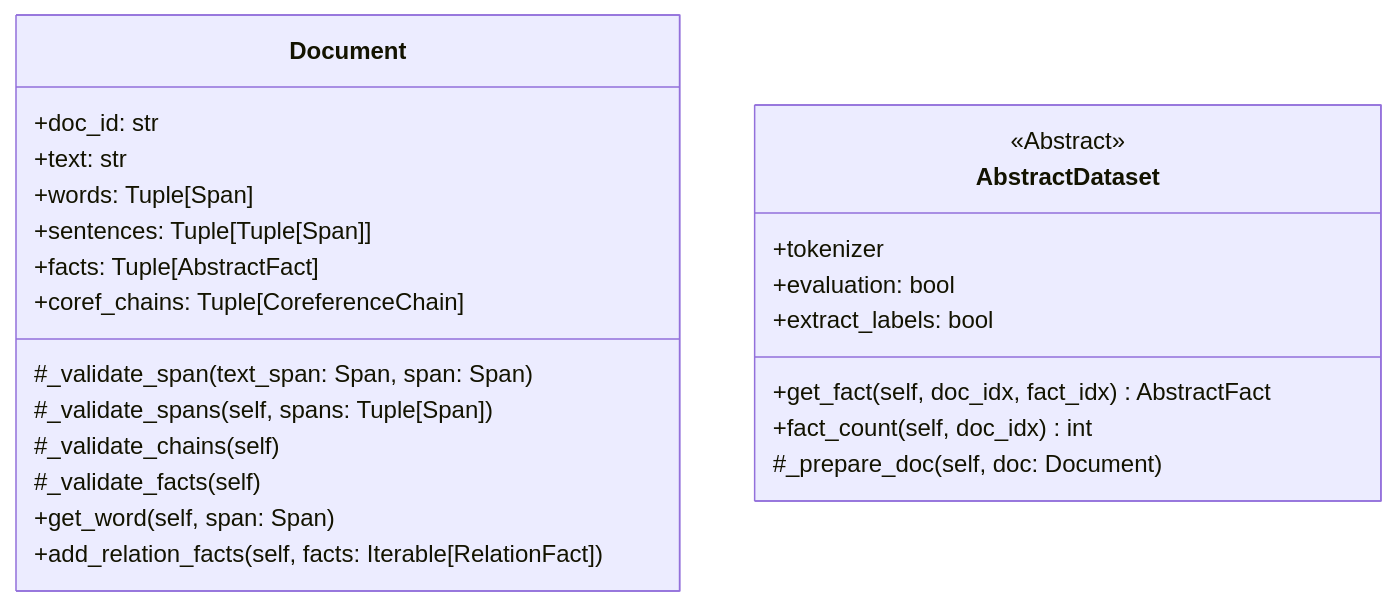
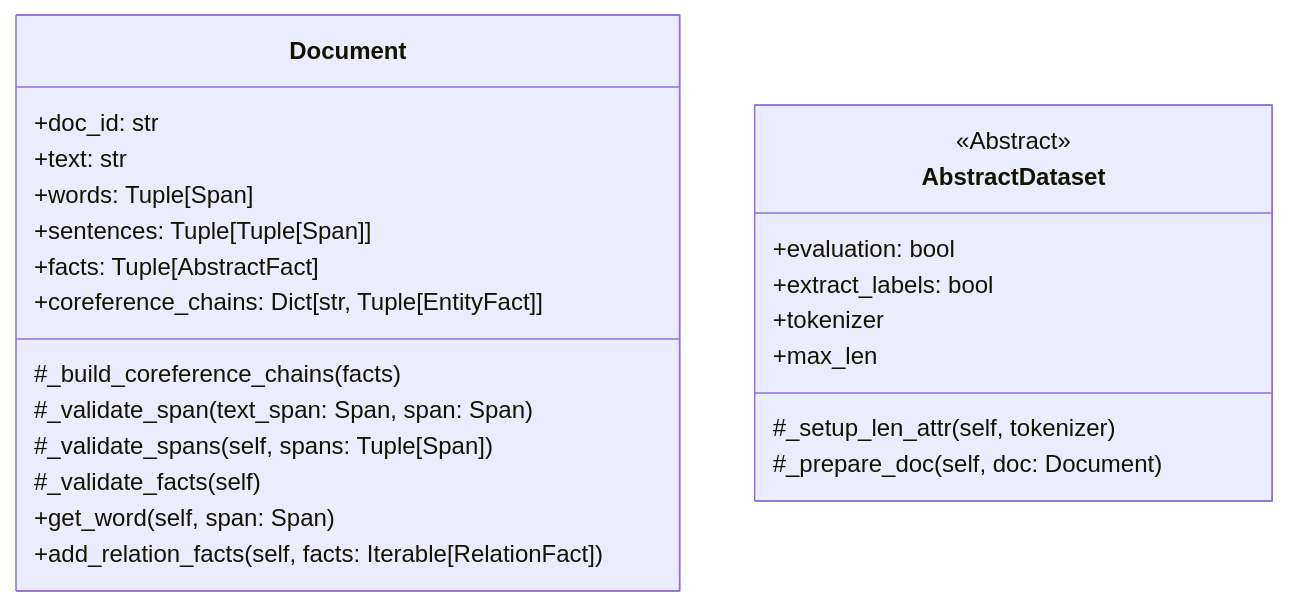
One commit to phos-phophy/creed changed the third of 4 diagrams in README.md. Above: the diagram before and after it, drawn with Mermaid. The commit also changed other lines of this file and 2 other files, not shown here.

````diff
--- a/README.md
+++ b/README.md
@@ -116,28 +112,28 @@
 ```mermaid
 classDiagram
 direction TB
    class Document{
       +doc_id: str
       +text: str
       +words: Tuple[Span]
       +sentences: Tuple[Tuple[Span]]
       +facts: Tuple[AbstractFact]
-      +coref_chains: Tuple[CoreferenceChain]
+      +coreference_chains: Dict[str, Tuple[EntityFact]]
+      #_build_coreference_chains(facts)
       #_validate_span(text_span: Span, span: Span)
       #_validate_spans(self, spans: Tuple[Span])
-      #_validate_chains(self)
       #_validate_facts(self)
       +get_word(self, span: Span)
       +add_relation_facts(self, facts: Iterable[RelationFact])
    }
    
    class AbstractDataset{
       <<Abstract>>
-      +tokenizer
       +evaluation: bool
       +extract_labels: bool
-      +get_fact(self, doc_idx, fact_idx) AbstractFact
-      +fact_count(self, doc_idx) int
+      +tokenizer
+      +max_len
+      #_setup_len_attr(self, tokenizer)
       #_prepare_doc(self, doc: Document)
    }
 ```
````
